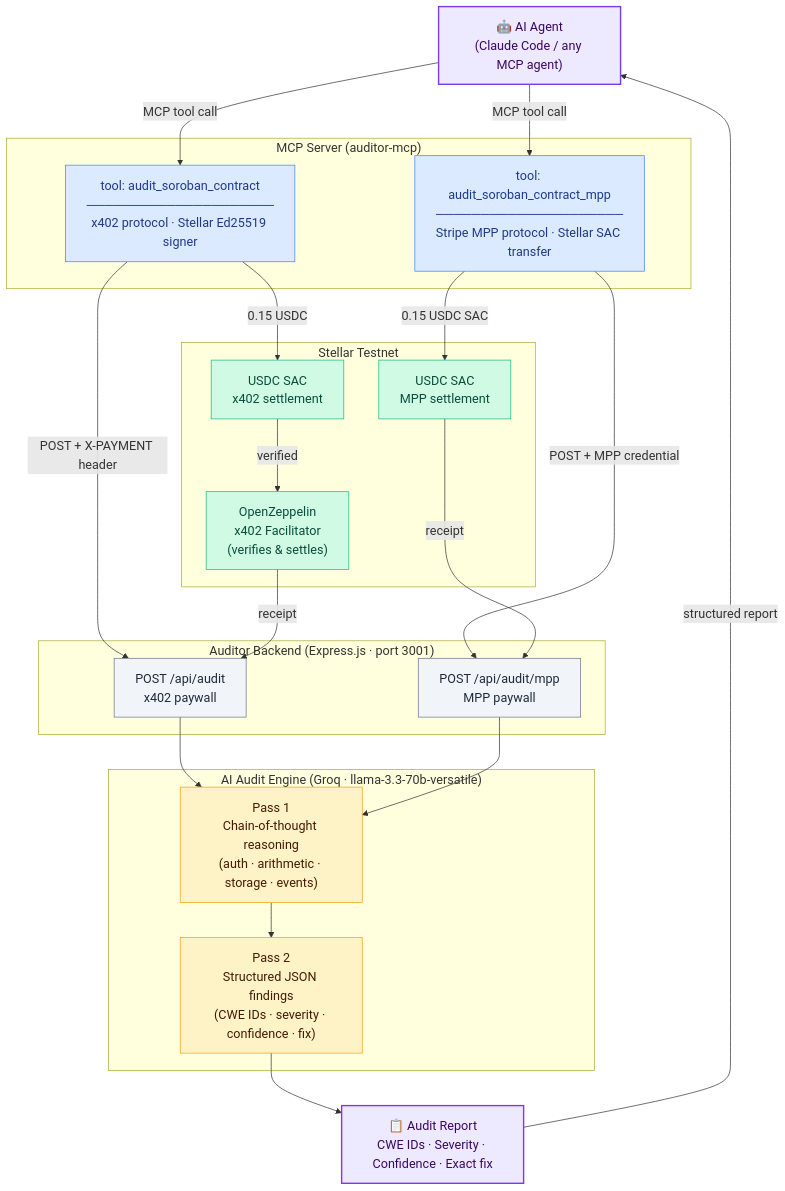
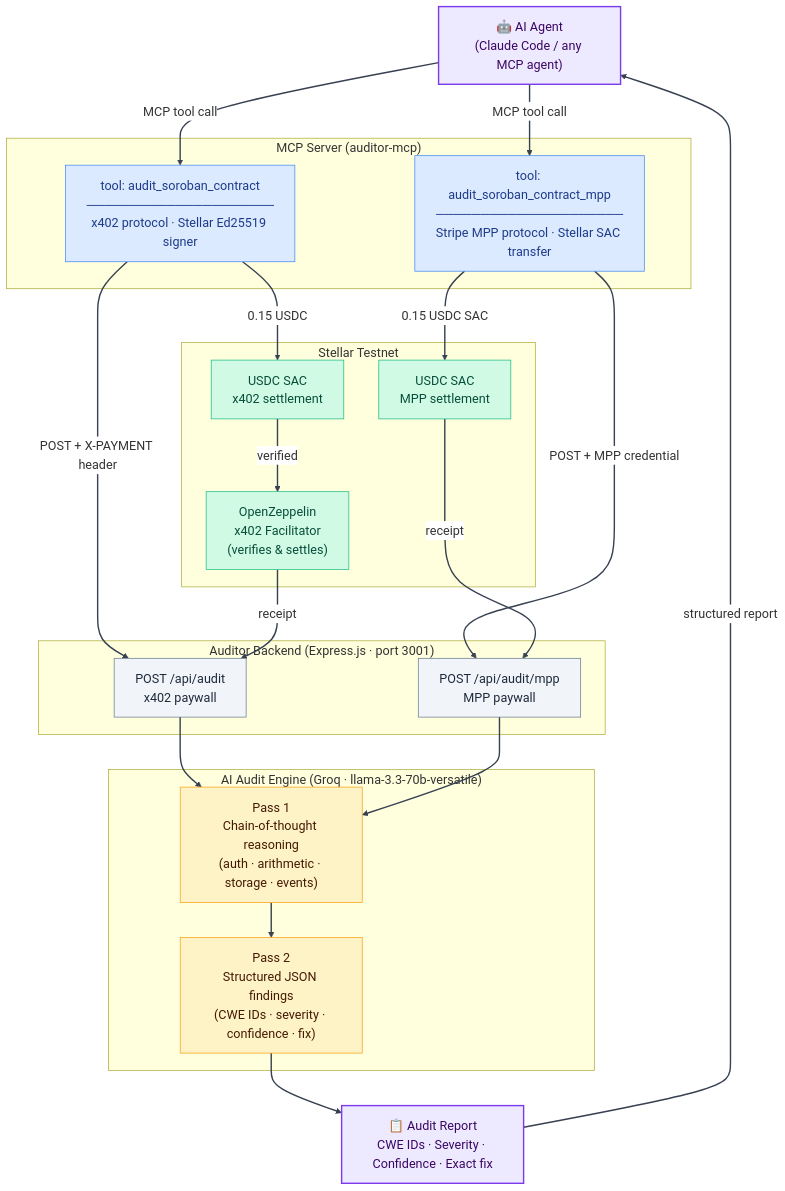
One commit to xaviersharwin10/soroban_node_0 changed the diagram in docs/architecture.mmd. Above: the diagram before and after it, drawn with Mermaid. The commit also changed 1 other file, not shown here.

Commit message:
docs: force dark arrowhead strokes via linkStyle default for better visibility

```diff
--- a/docs/architecture.mmd
+++ b/docs/architecture.mmd
@@ -1,57 +1,59 @@
-%%{init: {'theme': 'default', 'themeVariables': {'fontSize': '18px', 'fontFamily': 'trebuchet ms, verdana, arial'}}}%%
+%%{init: {'theme': 'default', 'themeVariables': {'fontSize': '18px', 'fontFamily': 'trebuchet ms, verdana, arial', 'edgeLabelBackground': '#ffffff', 'lineColor': '#374151'}}}%%
 flowchart TD
     A["🤖 AI Agent\n(Claude Code / any MCP agent)"]
 
     subgraph MCP ["MCP Server  (auditor-mcp)"]
         T1["tool: audit_soroban_contract\n─────────────────────\nx402 protocol · Stellar Ed25519 signer"]
         T2["tool: audit_soroban_contract_mpp\n─────────────────────\nStripe MPP protocol · Stellar SAC transfer"]
     end
 
     subgraph STELLAR ["Stellar Testnet"]
         S1["USDC SAC\nx402 settlement"]
         S2["USDC SAC\nMPP settlement"]
         F["OpenZeppelin\nx402 Facilitator\n(verifies & settles)"]
     end
 
     subgraph BACKEND ["Auditor Backend  (Express.js · port 3001)"]
         R1["POST /api/audit\nx402 paywall"]
         R2["POST /api/audit/mpp\nMPP paywall"]
     end
 
     subgraph AI ["AI Audit Engine  (Groq · llama-3.3-70b-versatile)"]
         P1["Pass 1\nChain-of-thought reasoning\n(auth · arithmetic · storage · events)"]
         P2["Pass 2\nStructured JSON findings\n(CWE IDs · severity · confidence · fix)"]
     end
 
     OUT["📋 Audit Report\nCWE IDs · Severity · Confidence · Exact fix"]
 
     A -->|"MCP tool call"| T1
     A -->|"MCP tool call"| T2
 
     T1 -->|"POST + X-PAYMENT header"| R1
     T2 -->|"POST + MPP credential"| R2
 
     T1 -->|"0.15 USDC"| S1
     S1 -->|"verified"| F
     F -->|"receipt"| R1
 
     T2 -->|"0.15 USDC SAC"| S2
     S2 -->|"receipt"| R2
 
     R1 --> P1
     R2 --> P1
     P1 --> P2
     P2 --> OUT
     OUT -->|"structured report"| A
 
     style A fill:#ede9fe,color:#3b0764,stroke:#7c3aed,stroke-width:2px
     style T1 fill:#dbeafe,color:#1e3a8a,stroke:#3b82f6,stroke-width:1px
     style T2 fill:#dbeafe,color:#1e3a8a,stroke:#3b82f6,stroke-width:1px
     style S1 fill:#d1fae5,color:#064e3b,stroke:#10b981,stroke-width:1px
     style S2 fill:#d1fae5,color:#064e3b,stroke:#10b981,stroke-width:1px
     style F fill:#d1fae5,color:#064e3b,stroke:#10b981,stroke-width:1px
     style R1 fill:#f1f5f9,color:#1e293b,stroke:#64748b,stroke-width:1px
     style R2 fill:#f1f5f9,color:#1e293b,stroke:#64748b,stroke-width:1px
     style P1 fill:#fef3c7,color:#451a03,stroke:#f59e0b,stroke-width:1px
     style P2 fill:#fef3c7,color:#451a03,stroke:#f59e0b,stroke-width:1px
     style OUT fill:#ede9fe,color:#3b0764,stroke:#7c3aed,stroke-width:2px
+
+    linkStyle default stroke:#374151,stroke-width:2px,fill:none
```
